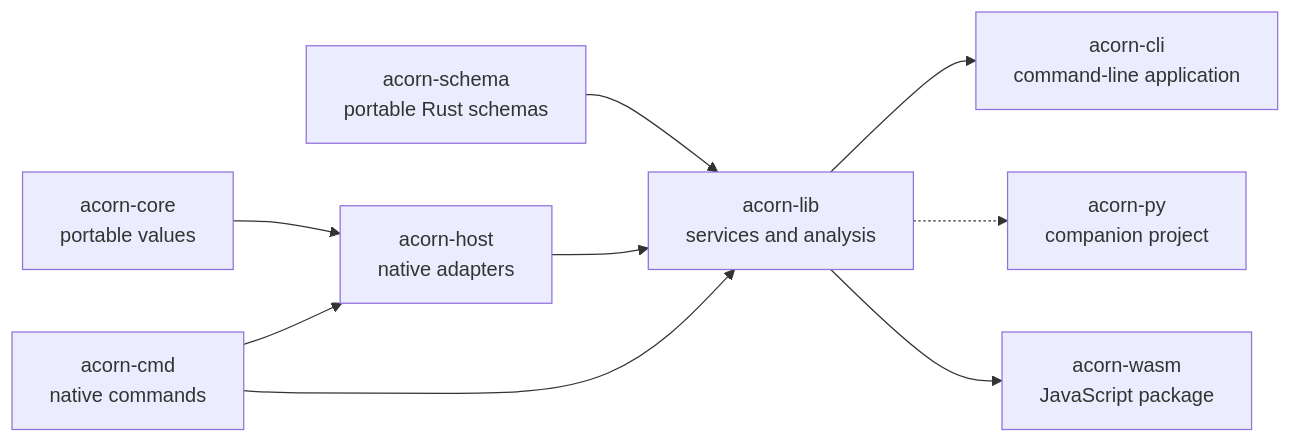
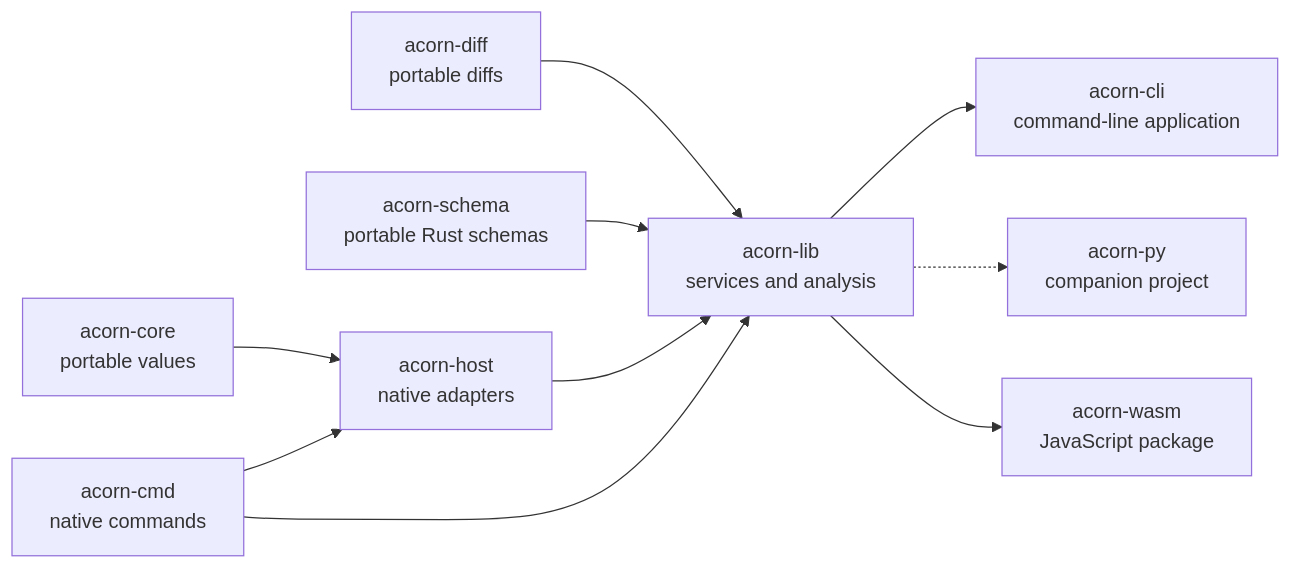
Before and after one commit to jhwohlgemuth/acorn: the diagram in docs/src/packages/README.md, drawn with Mermaid. The commit also changed other lines of this file and 45 other files, not shown here.

````diff
--- a/docs/src/packages/README.md
+++ b/docs/src/packages/README.md
@@ -5,11 +5,12 @@
 ```mermaid
 graph LR
     CORE["acorn-core</br>portable values"] --> H["acorn-host</br>native adapters"]
+    DIFF["acorn-diff</br>portable diffs"] --> A
     M["acorn-cmd</br>native commands"] --> H
     S["acorn-schema</br>portable Rust schemas"] --> A["acorn-lib</br>services and analysis"]
     H --> A
     M --> A
     A --> B["acorn-cli</br>command-line application"]
     A -.-> PY["acorn-py</br>companion project"]
     A --> D["acorn-wasm</br>JavaScript package"]
 ```
````
